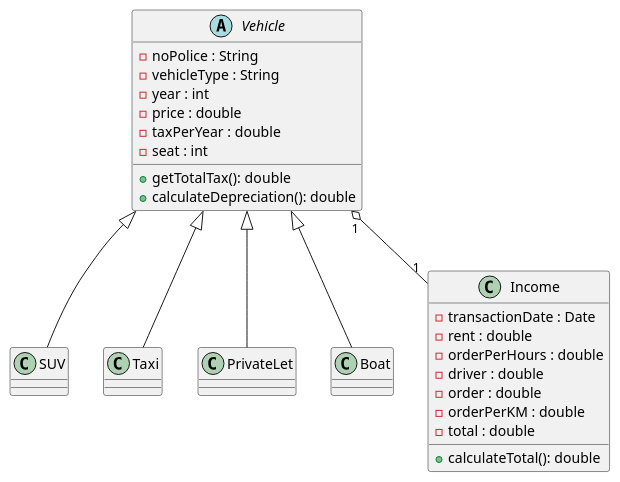
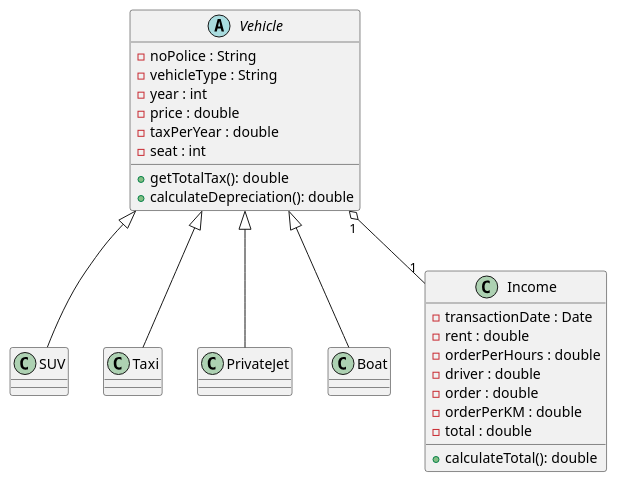
The diagram in Vehicle-Rent-Puml.md (Haniff-Toha/challenge_codeID_MH), drawn with PlantUML before and after one commit. The commit also changed 104 other files, not shown here.

```diff
--- a/Vehicle-Rent-Puml.md
+++ b/Vehicle-Rent-Puml.md
@@ -1,44 +1,44 @@
 @startuml
 abstract class Vehicle {
   - noPolice : String
   - vehicleType : String
   - year : int
   - price : double
   - taxPerYear : double
   - seat : int
 
   + getTotalTax(): double
   + calculateDepreciation(): double
 }
 
 class SUV {
 }
 
 class Taxi {
 }
 
-class PrivateLet {
+class PrivateJet {
 }
 
 class Boat {
 }
 
 class Income {
   - transactionDate : Date
   - rent : double
   - orderPerHours : double
   - driver : double
   - order : double
   - orderPerKM : double
   - total : double
 
   + calculateTotal(): double
 }
 
 Vehicle <|-- SUV
 Vehicle <|-- Taxi
-Vehicle <|-- PrivateLet
+Vehicle <|-- PrivateJet
 Vehicle <|-- Boat
 Vehicle "1" o-- "1" Income
 
 @enduml
```
